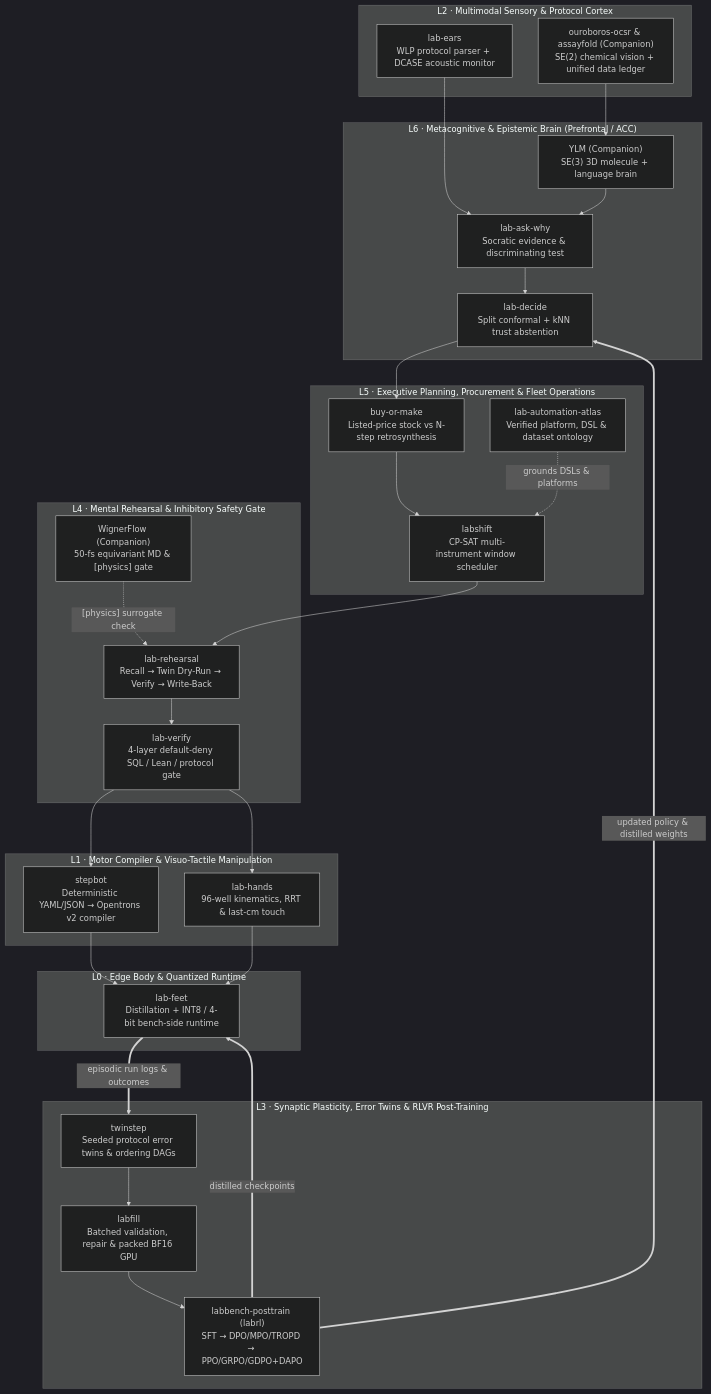
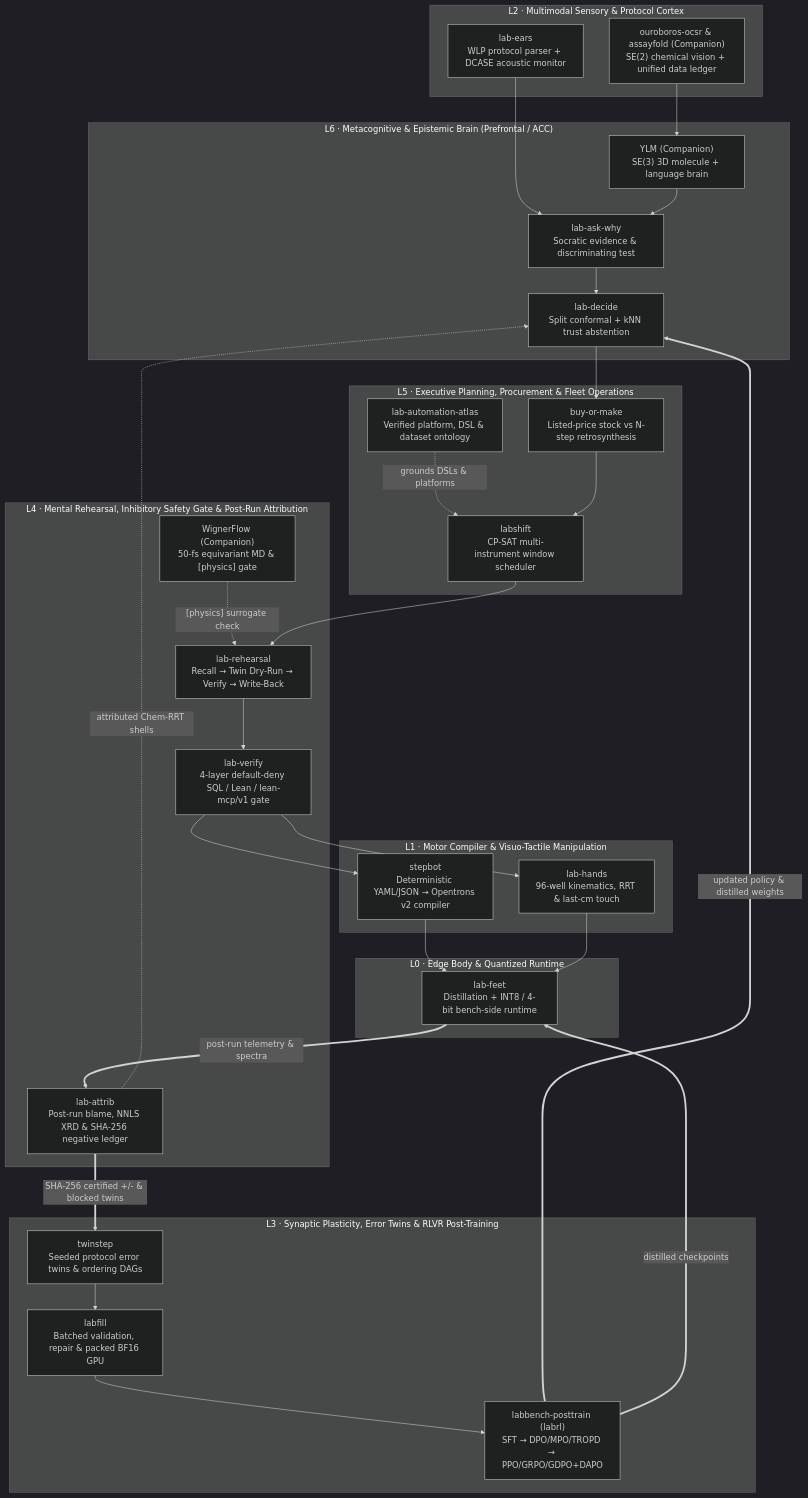
The diagram in docs/BRAIN_HIERARCHY.md (yaniguan/auto-lab), drawn with Mermaid (dark theme) before and after one commit. The commit also changed other lines of this file and 18 other files, not shown here.

Commit message:
feat(hub,pages): deeply integrate lab-attrib across README mermaid, docs, closed-loop workbench, robot sketch, and 15-repo pages

````diff
--- a/docs/BRAIN_HIERARCHY.md
+++ b/docs/BRAIN_HIERARCHY.md
@@ -7,60 +7,63 @@
 ```mermaid
 flowchart TB
     subgraph L6["L6 · Metacognitive & Epistemic Brain (Prefrontal / ACC)"]
         AW["lab-ask-why<br/>Socratic evidence & discriminating test"]
         LD["lab-decide<br/>Split conformal + kNN trust abstention"]
         YLM["YLM (Companion)<br/>SE(3) 3D molecule + language brain"]
     end
 
     subgraph L5["L5 · Executive Planning, Procurement & Fleet Operations"]
         BM["buy-or-make<br/>Listed-price stock vs N-step retrosynthesis"]
         LS["labshift<br/>CP-SAT multi-instrument window scheduler"]
         AT["lab-automation-atlas<br/>Verified platform, DSL & dataset ontology"]
     end
 
-    subgraph L4["L4 · Mental Rehearsal & Inhibitory Safety Gate"]
+    subgraph L4["L4 · Mental Rehearsal, Inhibitory Safety Gate & Post-Run Attribution"]
         LR["lab-rehearsal<br/>Recall → Twin Dry-Run → Verify → Write-Back"]
-        LV["lab-verify<br/>4-layer default-deny SQL / Lean / protocol gate"]
+        LV["lab-verify<br/>4-layer default-deny SQL / Lean / lean-mcp/v1 gate"]
+        LA["lab-attrib<br/>Post-run blame, NNLS XRD & SHA-256 negative ledger"]
         WF["WignerFlow (Companion)<br/>50-fs equivariant MD & [physics] gate"]
     end
 
     subgraph L2["L2 · Multimodal Sensory & Protocol Cortex"]
         LE["lab-ears<br/>WLP protocol parser + DCASE acoustic monitor"]
         OC["ouroboros-ocsr & assayfold (Companion)<br/>SE(2) chemical vision + unified data ledger"]
     end
 
     subgraph L1["L1 · Motor Compiler & Visuo-Tactile Manipulation"]
         SB["stepbot<br/>Deterministic YAML/JSON → Opentrons v2 compiler"]
         LH["lab-hands<br/>96-well kinematics, RRT & last-cm touch"]
     end
 
     subgraph L0["L0 · Edge Body & Quantized Runtime"]
         LF["lab-feet<br/>Distillation + INT8 / 4-bit bench-side runtime"]
     end
 
     subgraph L3["L3 · Synaptic Plasticity, Error Twins & RLVR Post-Training"]
         TS["twinstep<br/>Seeded protocol error twins & ordering DAGs"]
         LFL["labfill<br/>Batched validation, repair & packed BF16 GPU"]
         PT["labbench-posttrain (labrl)<br/>SFT → DPO/MPO/TROPD → PPO/GRPO/GDPO+DAPO"]
     end
 
     LE --> AW
     OC --> YLM
     YLM --> AW
     AW --> LD
     LD --> BM
     AT -. "grounds DSLs & platforms" .-> LS
     BM --> LS
     WF -. "[physics] surrogate check" .-> LR
     LS --> LR
     LR --> LV
     LV --> SB
     LV --> LH
     SB --> LF
     LH --> LF
-    LF == "episodic run logs & outcomes" ==> TS
+    LF == "post-run telemetry & spectra" ==> LA
+    LA == "SHA-256 certified +/- & blocked twins" ==> TS
+    LA -. "attributed Chem-RRT shells" .-> LD
     TS --> LFL
     LFL --> PT
     PT == "updated policy & distilled weights" ==> LD
     PT == "distilled checkpoints" ==> LF
 ```
````
